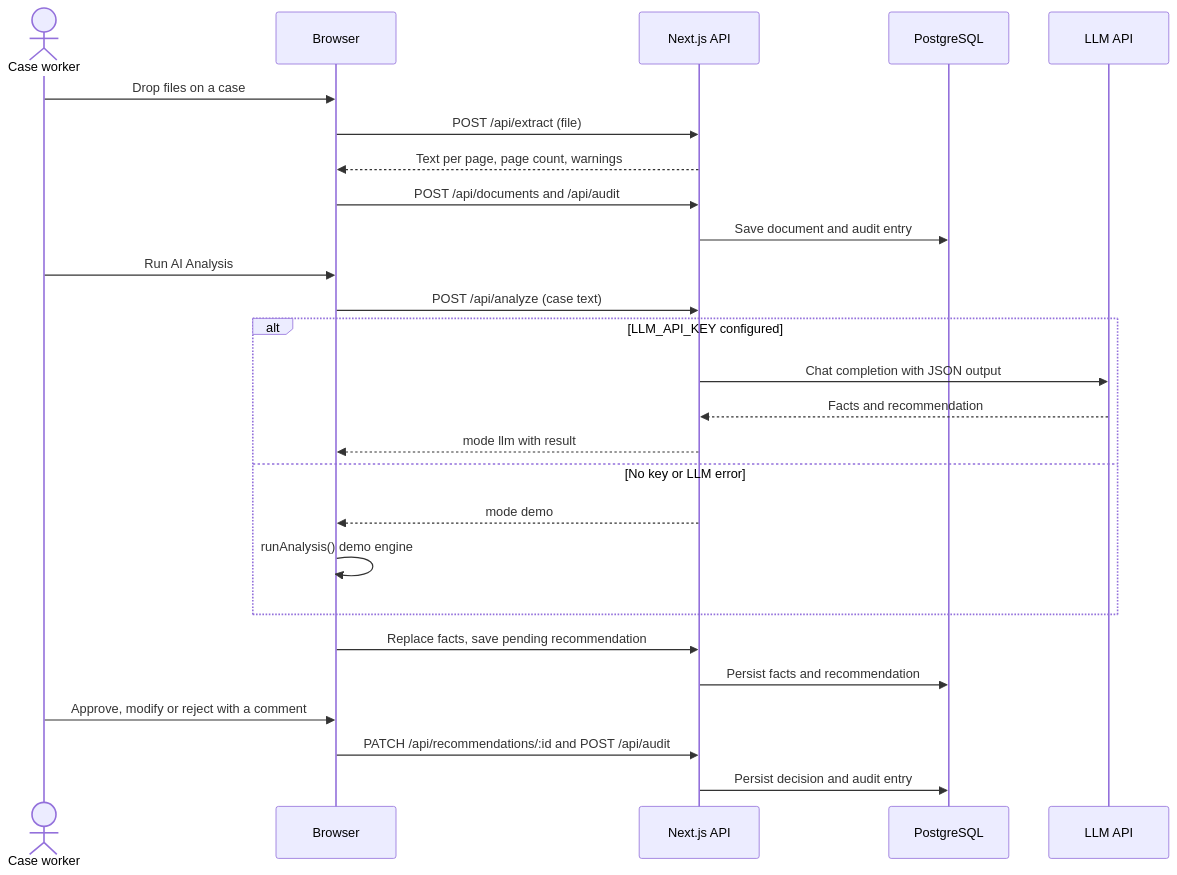
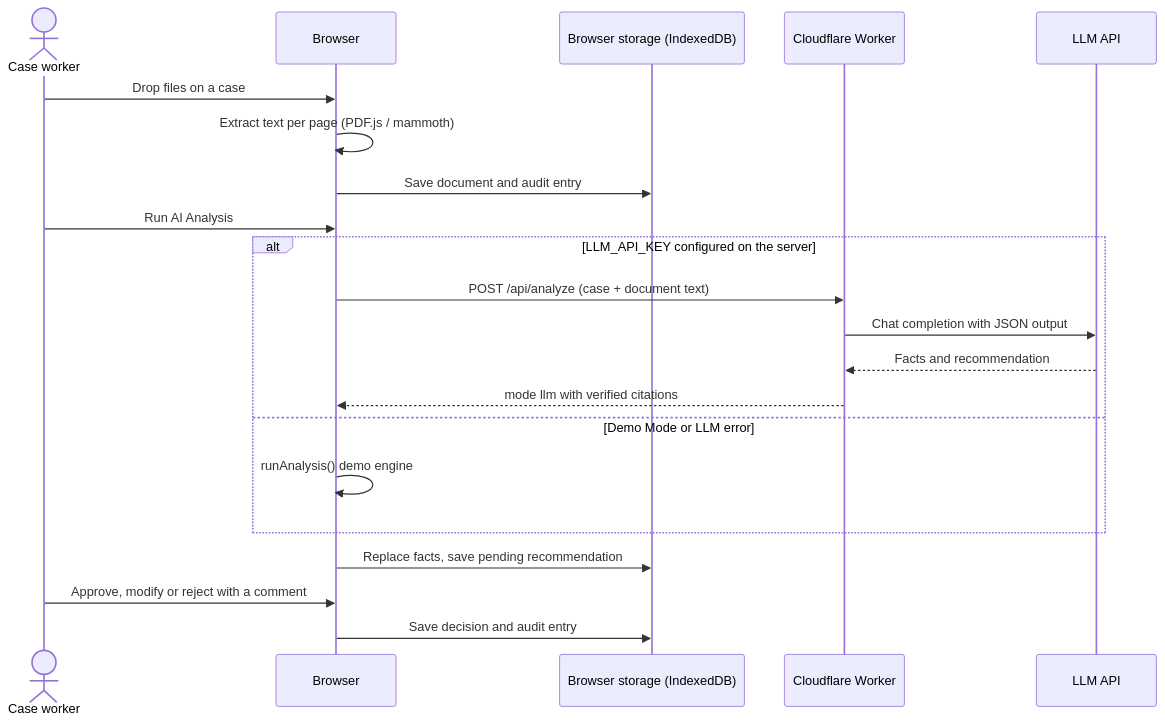
One commit to eayub006-source/caseclarity-ai changed the second of 2 diagrams in PROBLEM_STATEMENT.md. Above: the diagram before and after it, drawn with Mermaid. The commit also changed other lines of this file and 4 other files, not shown here.

First line of the commit message:
Document the database-free demo build and Cloudflare deployment

````diff
--- a/PROBLEM_STATEMENT.md
+++ b/PROBLEM_STATEMENT.md
@@ -171,28 +171,23 @@
 ```mermaid
 sequenceDiagram
   actor CW as Case worker
   participant UI as Browser
-  participant API as Next.js API
-  participant DB as PostgreSQL
+  participant IDB as Browser storage (IndexedDB)
+  participant API as Cloudflare Worker
   participant LLM as LLM API
   CW->>UI: Drop files on a case
-  UI->>API: POST /api/extract (file)
-  API-->>UI: Text per page, page count, warnings
-  UI->>API: POST /api/documents and /api/audit
-  API->>DB: Save document and audit entry
+  UI->>UI: Extract text per page (PDF.js / mammoth)
+  UI->>IDB: Save document and audit entry
   CW->>UI: Run AI Analysis
-  UI->>API: POST /api/analyze (case text)
-  alt LLM_API_KEY configured
+  alt LLM_API_KEY configured on the server
+    UI->>API: POST /api/analyze (case + document text)
     API->>LLM: Chat completion with JSON output
     LLM-->>API: Facts and recommendation
-    API-->>UI: mode llm with result
-  else No key or LLM error
-    API-->>UI: mode demo
+    API-->>UI: mode llm with verified citations
+  else Demo Mode or LLM error
     UI->>UI: runAnalysis() demo engine
   end
-  UI->>API: Replace facts, save pending recommendation
-  API->>DB: Persist facts and recommendation
+  UI->>IDB: Replace facts, save pending recommendation
   CW->>UI: Approve, modify or reject with a comment
-  UI->>API: PATCH /api/recommendations/:id and POST /api/audit
-  API->>DB: Persist decision and audit entry
+  UI->>IDB: Save decision and audit entry
 ```
````
